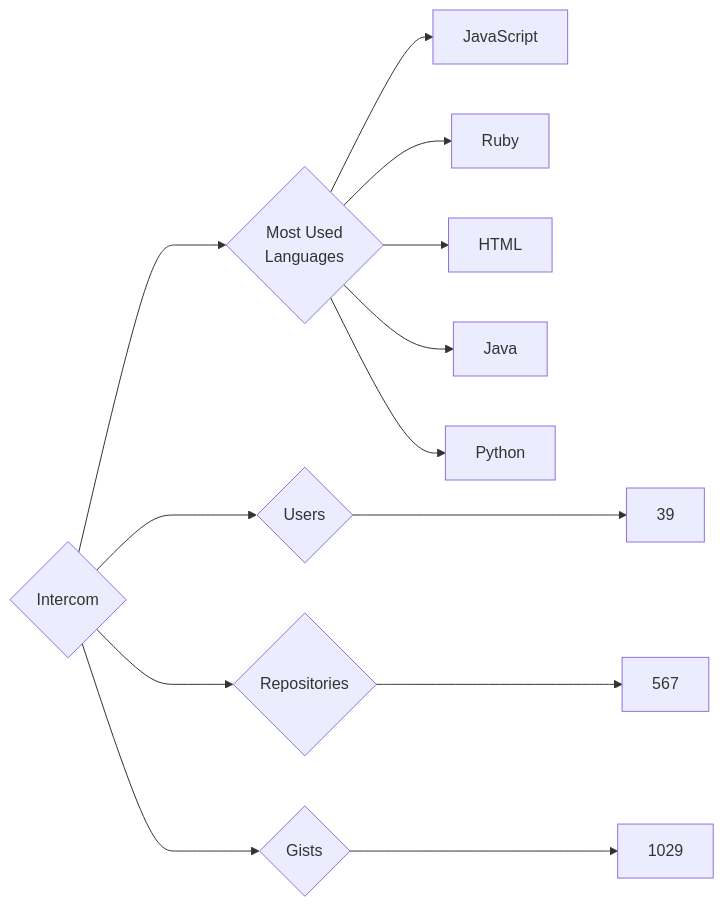
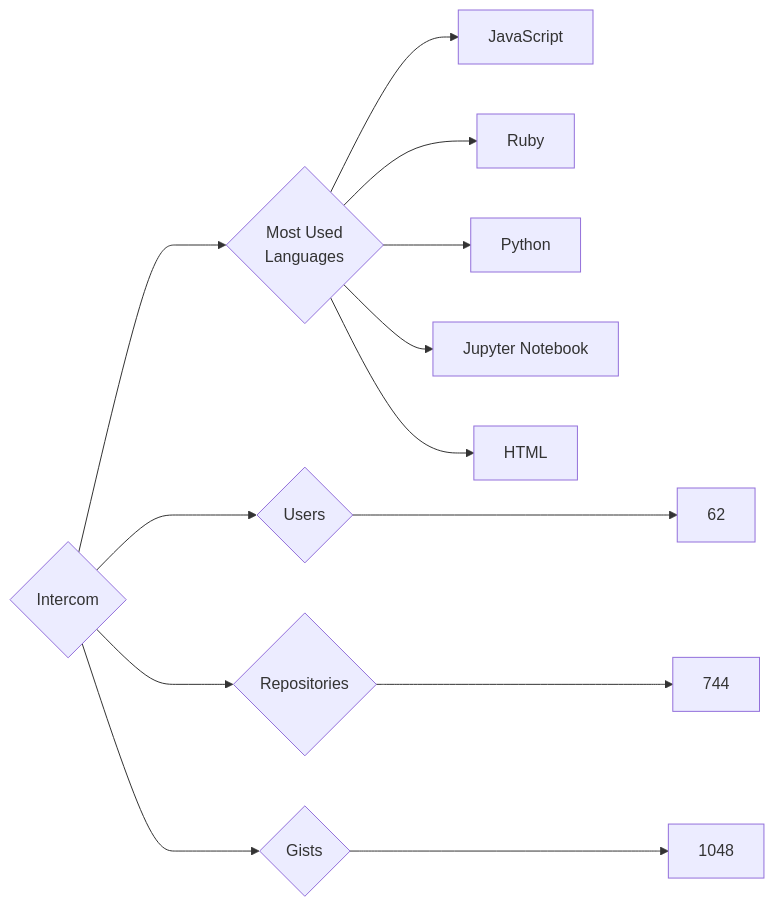
Before and after one commit to trickest/insiders: the diagram in targets/Intercom/README.md, drawn with Mermaid. The commit also changed 750 other files, not shown here.

````diff
--- a/targets/Intercom/README.md
+++ b/targets/Intercom/README.md
@@ -3,13 +3,13 @@
 ```mermaid
 graph LR
 COMPANY_NAME{Intercom}
-COMPANY_NAME ---> U{Users} ---> UN[39]
-COMPANY_NAME ---> R{Repositories} ---> RN[567]
-COMPANY_NAME ---> G{Gists} ---> GN[1029]
+COMPANY_NAME ---> U{Users} ---> UN[62]
+COMPANY_NAME ---> R{Repositories} ---> RN[744]
+COMPANY_NAME ---> G{Gists} ---> GN[1048]
 COMPANY_NAME ---> ML{Most Used<br>Languages}
 ML --> JavaScript[JavaScript]
 ML --> Ruby[Ruby]
+ML --> Python[Python]
+ML --> Jupyter_Notebook[Jupyter Notebook]
 ML --> HTML[HTML]
-ML --> Java[Java]
-ML --> Python[Python]
 ```
````
